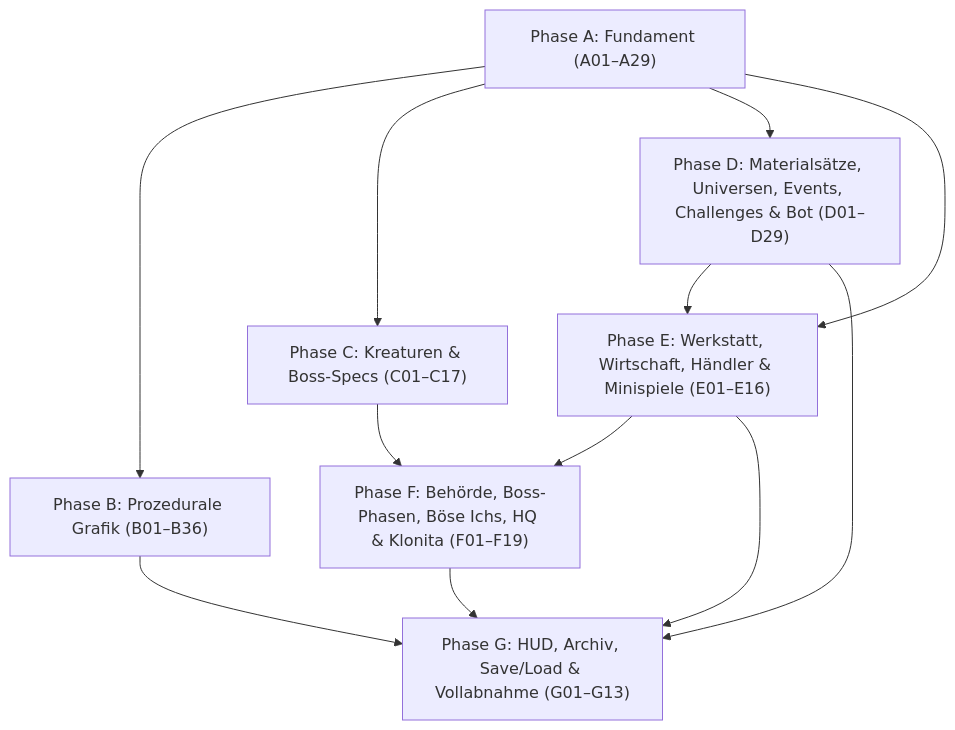
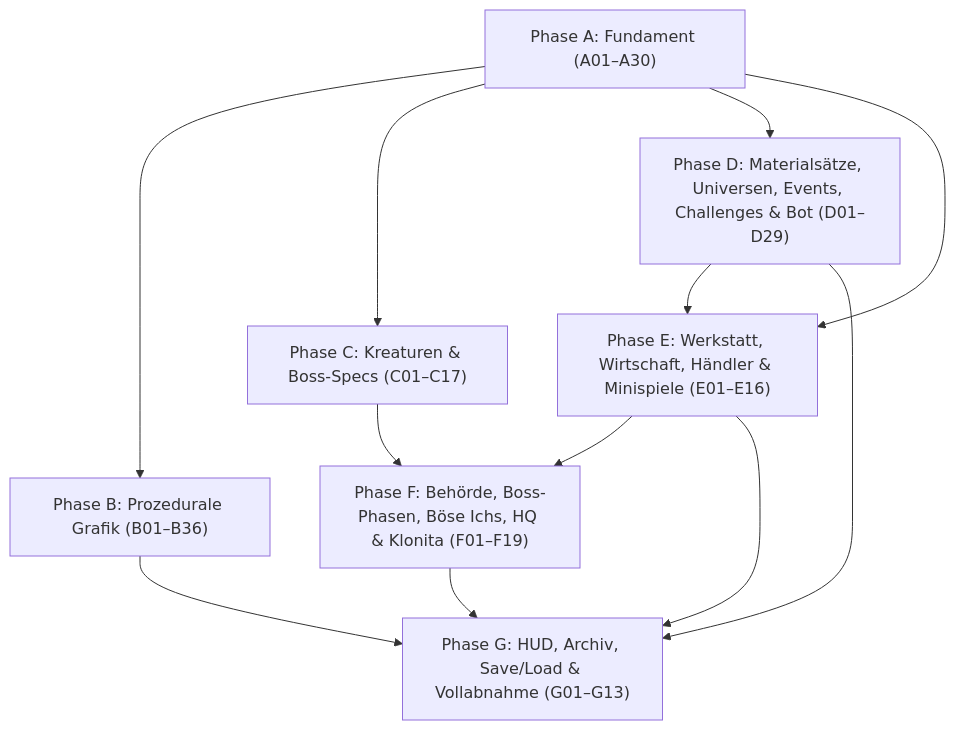
Before and after one commit to TGBox/py-noita-claude: the diagram in docs/plan/README.md, drawn with Mermaid. The commit also changed other lines of this file and 3 other files, not shown here.

````diff
--- a/docs/plan/README.md
+++ b/docs/plan/README.md
@@ -57,22 +57,22 @@
 ```mermaid
 flowchart TD
-    A["Phase A: Fundament (A01–A29)"]
+    A["Phase A: Fundament (A01–A30)"]
     B["Phase B: Prozedurale Grafik (B01–B36)"]
     C["Phase C: Kreaturen & Boss-Specs (C01–C17)"]
     D["Phase D: Materialsätze, Universen, Events, Challenges & Bot (D01–D29)"]
     E["Phase E: Werkstatt, Wirtschaft, Händler & Minispiele (E01–E16)"]
     F["Phase F: Behörde, Boss-Phasen, Böse Ichs, HQ & Klonita (F01–F19)"]
     G["Phase G: HUD, Archiv, Save/Load & Vollabnahme (G01–G13)"]
 
     A --> B
     A --> C
     A --> D
     A --> E
     C --> F
     D --> E
     E --> F
     B --> G
     D --> G
     E --> G
     F --> G
 ```
````
